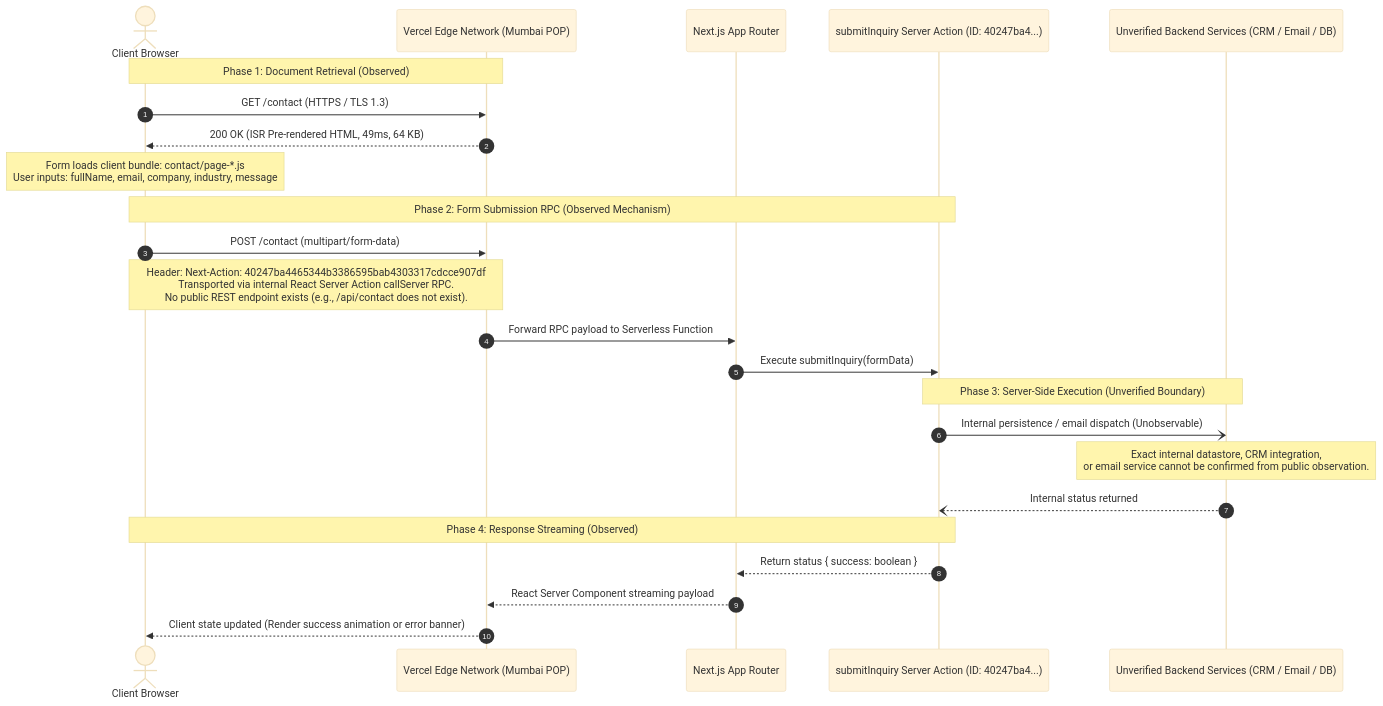
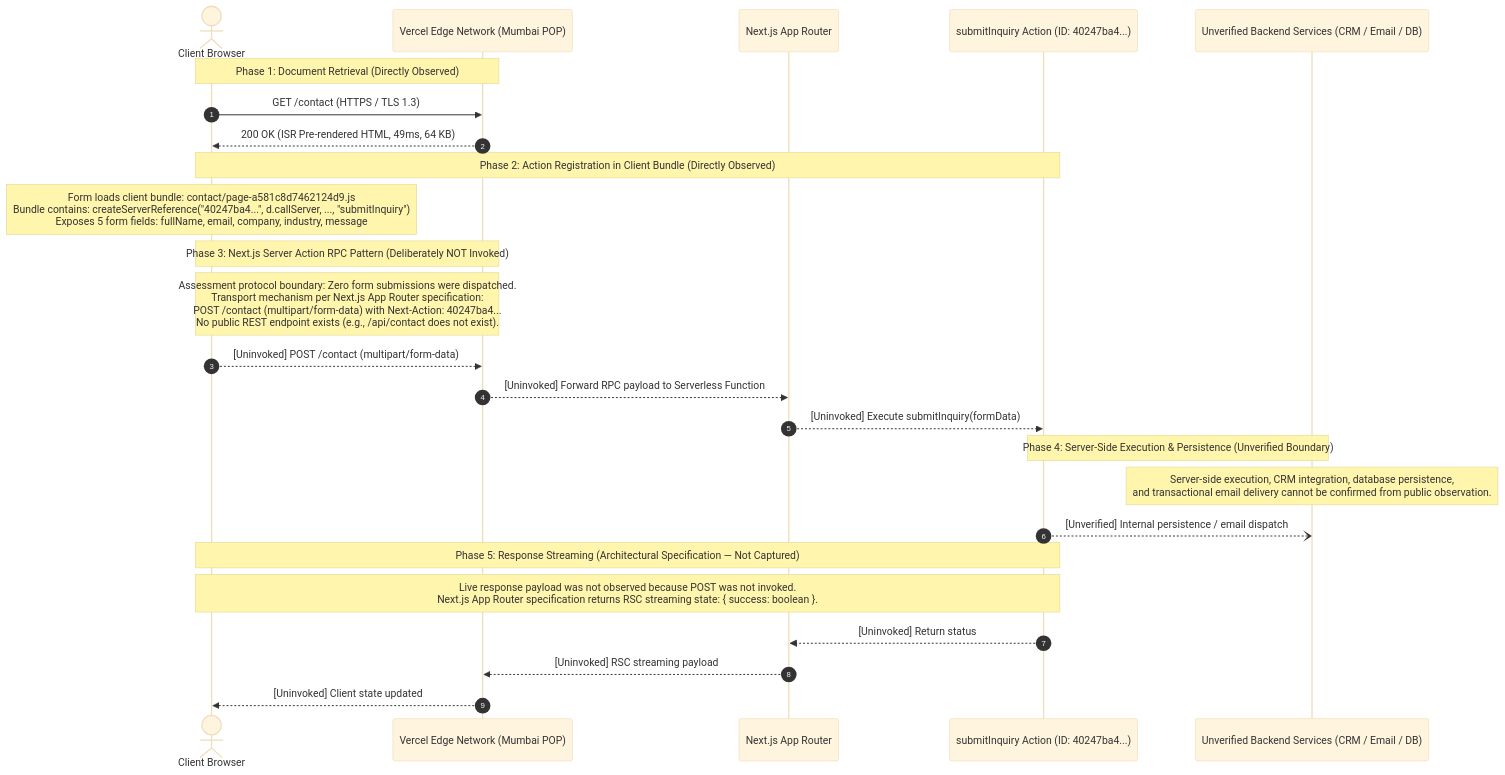
Before and after one commit to SOULShri/cynbit-backend-audit: the first of 3 diagrams in diagrams/README.md, drawn with Mermaid (base theme). The commit also changed other lines of this file and 12 other files, not shown here.

Commit message:
fix: evidence accuracy, Redis cache adapters, diagram consistency, and mobile UX

````diff
--- a/diagrams/README.md
+++ b/diagrams/README.md
@@ -11,31 +11,33 @@
 ```mermaid
 sequenceDiagram
     autonumber
 
     actor User as Client Browser
     participant Edge as Vercel Edge Network (Mumbai POP)
     participant NextApp as Next.js App Router
-    participant Action as submitInquiry Server Action (ID: 40247ba4...)
+    participant Action as submitInquiry Action (ID: 40247ba4...)
     participant Backend as Unverified Backend Services (CRM / Email / DB)
 
-    Note over User,Edge: Phase 1: Document Retrieval (Observed)
+    Note over User,Edge: Phase 1: Document Retrieval (Directly Observed)
     User->>Edge: GET /contact (HTTPS / TLS 1.3)
     Edge-->>User: 200 OK (ISR Pre-rendered HTML, 49ms, 64 KB)
-    Note over User: Form loads client bundle: contact/page-*.js<br/>User inputs: fullName, email, company, industry, message
 
-    Note over User,Action: Phase 2: Form Submission RPC (Observed Mechanism)
-    User->>Edge: POST /contact (multipart/form-data)
-    Note over User,Edge: Header: Next-Action: 40247ba4465344b3386595bab4303317cdcce907df<br/>Transported via internal React Server Action callServer RPC.<br/>No public REST endpoint exists (e.g., /api/contact does not exist).
-    Edge->>NextApp: Forward RPC payload to Serverless Function
-    NextApp->>Action: Execute submitInquiry(formData)
+    Note over User,Action: Phase 2: Action Registration in Client Bundle (Directly Observed)
+    Note over User: Form loads client bundle: contact/page-a581c8d7462124d9.js<br/>Bundle contains: createServerReference("40247ba4...", d.callServer, ..., "submitInquiry")<br/>Exposes 5 form fields: fullName, email, company, industry, message
 
-    Note over Action,Backend: Phase 3: Server-Side Execution (Unverified Boundary)
-    Action-)Backend: Internal persistence / email dispatch (Unobservable)
-    Note over Backend: Exact internal datastore, CRM integration,<br/>or email service cannot be confirmed from public observation.
-    Backend--)Action: Internal status returned
+    Note over User,Edge: Phase 3: Next.js Server Action RPC Pattern (Deliberately NOT Invoked)
+    Note over User,Edge: Assessment protocol boundary: Zero form submissions were dispatched.<br/>Transport mechanism per Next.js App Router specification:<br/>POST /contact (multipart/form-data) with Next-Action: 40247ba4...<br/>No public REST endpoint exists (e.g., /api/contact does not exist).
+    User-->>Edge: [Uninvoked] POST /contact (multipart/form-data)
+    Edge-->>NextApp: [Uninvoked] Forward RPC payload to Serverless Function
+    NextApp-->>Action: [Uninvoked] Execute submitInquiry(formData)
 
-    Note over Action,User: Phase 4: Response Streaming (Observed)
-    Action-->>NextApp: Return status { success: boolean }
-    NextApp-->>Edge: React Server Component streaming payload
-    Edge-->>User: Client state updated (Render success animation or error banner)
+    Note over Action,Backend: Phase 4: Server-Side Execution & Persistence (Unverified Boundary)
+    Note over Backend: Server-side execution, CRM integration, database persistence,<br/>and transactional email delivery cannot be confirmed from public observation.
+    Action--)Backend: [Unverified] Internal persistence / email dispatch
+
+    Note over Action,User: Phase 5: Response Streaming (Architectural Specification — Not Captured)
+    Note over Action,User: Live response payload was not observed because POST was not invoked.<br/>Next.js App Router specification returns RSC streaming state: { success: boolean }.
+    Action-->>NextApp: [Uninvoked] Return status
+    NextApp-->>Edge: [Uninvoked] RSC streaming payload
+    Edge-->>User: [Uninvoked] Client state updated
 ```
````
